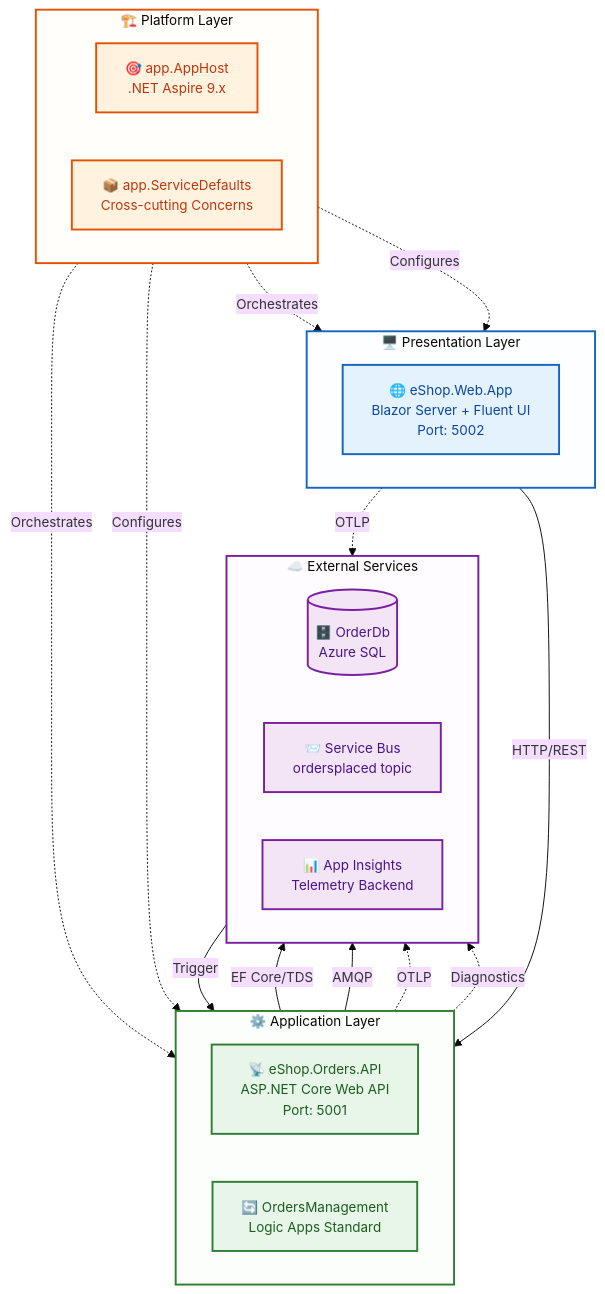
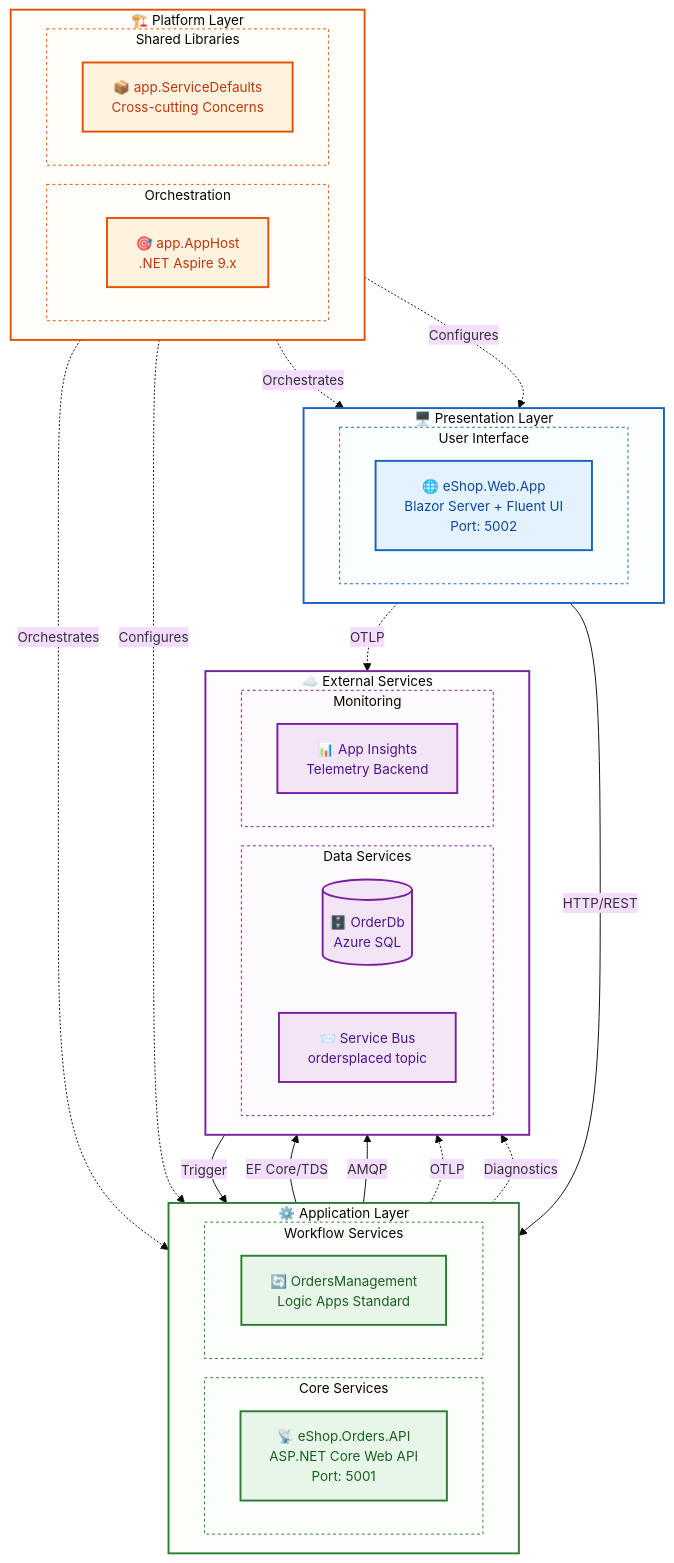
The first of 5 diagrams in docs/architecture/03-application-architecture.md (Evilazaro/Azure-LogicApps-Monitoring), drawn with Mermaid before and after one commit. The commit also changed other lines of this file, not shown here.

Commit message:
Refactor application architecture diagrams with improved subgraph organization and styling for enhanced clarity and visual grouping

````diff
--- a/docs/architecture/03-application-architecture.md
+++ b/docs/architecture/03-application-architecture.md
@@ -45,26 +45,40 @@
 flowchart TB
     subgraph Presentation["🖥️ Presentation Layer"]
         direction LR
-        WebApp["🌐 eShop.Web.App<br/>Blazor Server + Fluent UI<br/>Port: 5002"]
+        subgraph UserInterface["User Interface"]
+            WebApp["🌐 eShop.Web.App<br/>Blazor Server + Fluent UI<br/>Port: 5002"]
+        end
     end
 
     subgraph Application["⚙️ Application Layer"]
         direction LR
-        API["📡 eShop.Orders.API<br/>ASP.NET Core Web API<br/>Port: 5001"]
-        Workflow["🔄 OrdersManagement<br/>Logic Apps Standard"]
+        subgraph CoreServices["Core Services"]
+            API["📡 eShop.Orders.API<br/>ASP.NET Core Web API<br/>Port: 5001"]
+        end
+        subgraph WorkflowServices["Workflow Services"]
+            Workflow["🔄 OrdersManagement<br/>Logic Apps Standard"]
+        end
     end
 
     subgraph Platform["🏗️ Platform Layer"]
         direction LR
-        Orchestrator["🎯 app.AppHost<br/>.NET Aspire 9.x"]
-        SharedLib["📦 app.ServiceDefaults<br/>Cross-cutting Concerns"]
+        subgraph Orchestration["Orchestration"]
+            Orchestrator["🎯 app.AppHost<br/>.NET Aspire 9.x"]
+        end
+        subgraph SharedLibraries["Shared Libraries"]
+            SharedLib["📦 app.ServiceDefaults<br/>Cross-cutting Concerns"]
+        end
     end
 
     subgraph External["☁️ External Services"]
         direction LR
-        DB[("🗄️ OrderDb<br/>Azure SQL")]
-        Queue["📨 Service Bus<br/>ordersplaced topic"]
-        Monitor["📊 App Insights<br/>Telemetry Backend"]
+        subgraph DataServices["Data Services"]
+            DB[("🗄️ OrderDb<br/>Azure SQL")]
+            Queue["📨 Service Bus<br/>ordersplaced topic"]
+        end
+        subgraph Monitoring["Monitoring"]
+            Monitor["📊 App Insights<br/>Telemetry Backend"]
+        end
     end
 
     %% Synchronous flows
@@ -102,4 +116,11 @@
     style Application fill:#e8f5e922,stroke:#2e7d32,stroke-width:2px
     style Platform fill:#fff3e022,stroke:#e65100,stroke-width:2px
     style External fill:#f3e5f522,stroke:#7b1fa2,stroke-width:2px
+    style UserInterface fill:#e3f2fd11,stroke:#1565c0,stroke-width:1px,stroke-dasharray:3
+    style CoreServices fill:#e8f5e911,stroke:#2e7d32,stroke-width:1px,stroke-dasharray:3
+    style WorkflowServices fill:#e8f5e911,stroke:#2e7d32,stroke-width:1px,stroke-dasharray:3
+    style Orchestration fill:#fff3e011,stroke:#e65100,stroke-width:1px,stroke-dasharray:3
+    style SharedLibraries fill:#fff3e011,stroke:#e65100,stroke-width:1px,stroke-dasharray:3
+    style DataServices fill:#f3e5f511,stroke:#7b1fa2,stroke-width:1px,stroke-dasharray:3
+    style Monitoring fill:#f3e5f511,stroke:#7b1fa2,stroke-width:1px,stroke-dasharray:3
 ```
````
